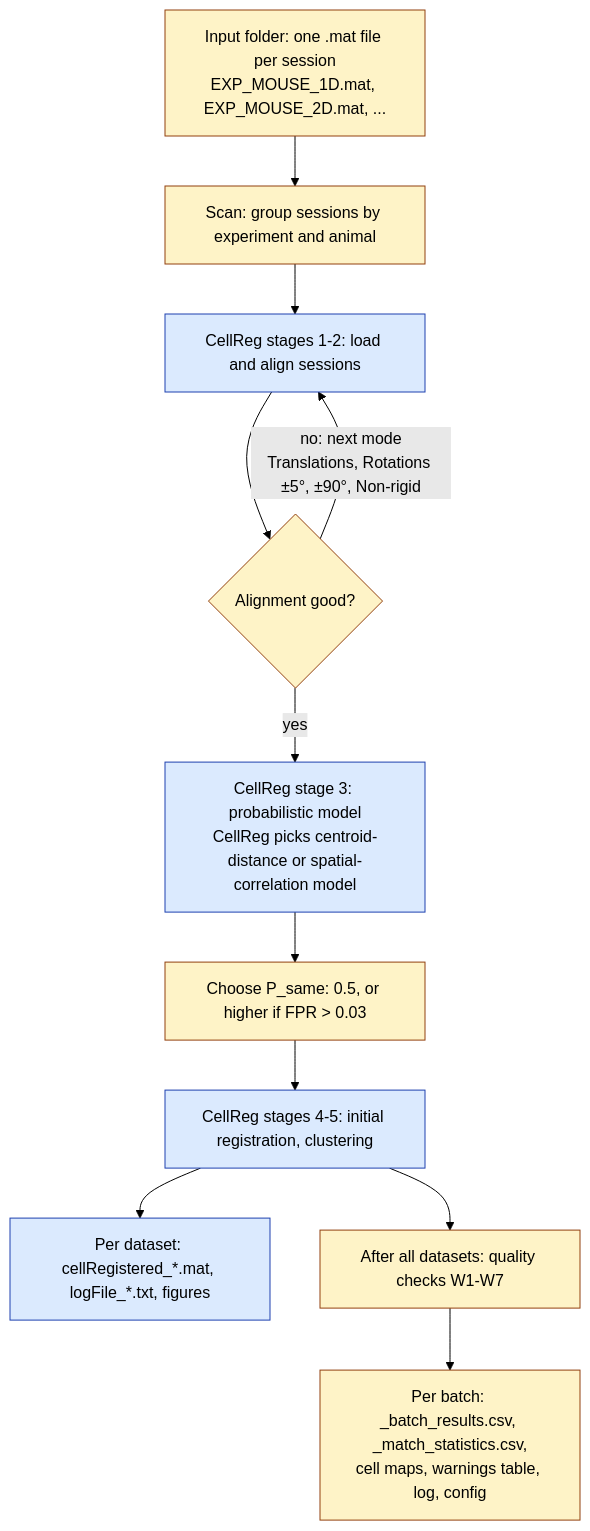
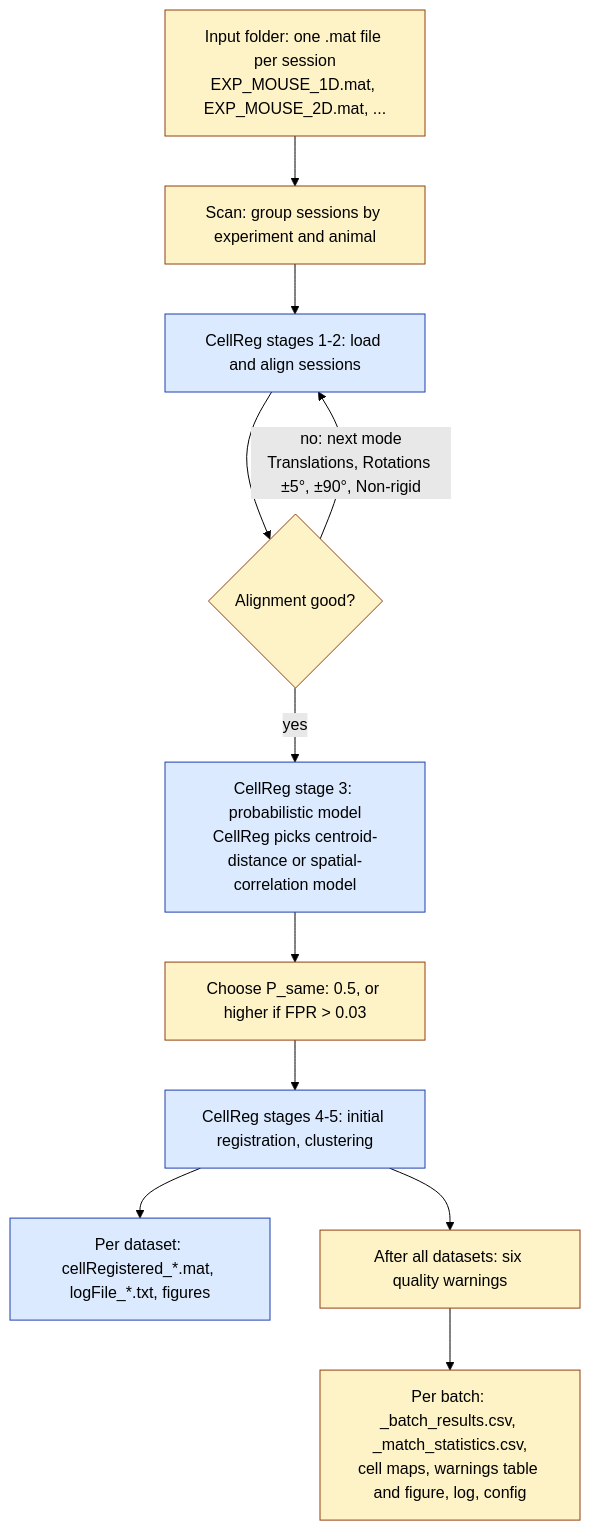
The diagram in README.md (iabs-neuro/CellRegBatch), drawn with Mermaid (forest theme) before and after one commit. The commit also changed other lines of this file and 8 other files, not shown here.

First line of the commit message:
docs: Russian manual; six warnings, missing sessions, help buttons, CI

````diff
--- a/README.md
+++ b/README.md
@@ -47,21 +57,21 @@
 ```mermaid
 flowchart TD
     IN["Input folder: one .mat file per session<br/>EXP_MOUSE_1D.mat, EXP_MOUSE_2D.mat, ..."]
     SCAN["Scan: group sessions by experiment and animal"]
     S12["CellReg stages 1-2: load and align sessions"]
     CHK{"Alignment good?"}
     S3["CellReg stage 3: probabilistic model<br/>CellReg picks centroid-distance or spatial-correlation model"]
     PS["Choose P_same: 0.5, or higher if FPR > 0.03"]
     S45["CellReg stages 4-5: initial registration, clustering"]
     OUT1["Per dataset: cellRegistered_*.mat, logFile_*.txt, figures"]
-    AN["After all datasets: quality checks W1-W7"]
-    OUT2["Per batch: _batch_results.csv, _match_statistics.csv,<br/>cell maps, warnings table, log, config"]
+    AN["After all datasets: six quality warnings"]
+    OUT2["Per batch: _batch_results.csv, _match_statistics.csv,<br/>cell maps, warnings table and figure, log, config"]
     IN --> SCAN --> S12 --> CHK
     CHK -->|"no: next mode<br/>Translations, Rotations ±5°, ±90°, Non-rigid"| S12
     CHK -->|yes| S3 --> PS --> S45 --> OUT1
     S45 --> AN --> OUT2
     classDef cellreg fill:#dbeafe,stroke:#1e40af,color:#000
     classDef batch fill:#fef3c7,stroke:#92400e,color:#000
     class S12,S3,S45,OUT1 cellreg
     class IN,SCAN,CHK,PS,AN,OUT2 batch
 ```
````
